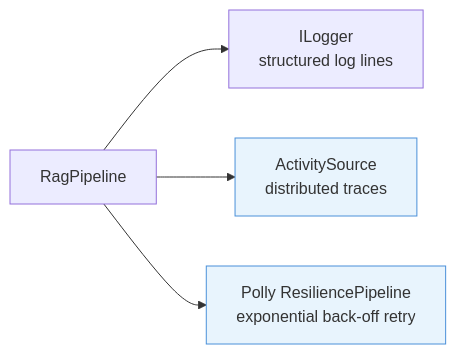
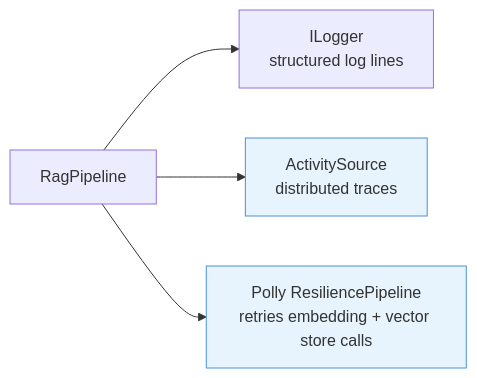
One commit to MarcelRoozekrans/Rag.NET changed the diagram in docs/guide/observability.md. Above: the diagram before and after it, drawn with Mermaid. The commit also changed other lines of this file and 6 other files, not shown here.

````diff
--- a/docs/guide/observability.md
+++ b/docs/guide/observability.md
@@ -152,14 +159,14 @@
 ```mermaid
 flowchart LR
     PIPE["RagPipeline"]
     LOG["ILogger<br>structured log lines"]
     OTEL["ActivitySource<br>distributed traces"]
-    POLLY["Polly ResiliencePipeline<br>exponential back-off retry"]
+    POLLY["Polly ResiliencePipeline<br>retries embedding + vector store calls"]
 
     PIPE --> LOG
     PIPE --> OTEL
     PIPE --> POLLY
 
     style POLLY fill:#e8f4fd,stroke:#4a90d9
     style OTEL fill:#e8f4fd,stroke:#4a90d9
 ```
````
